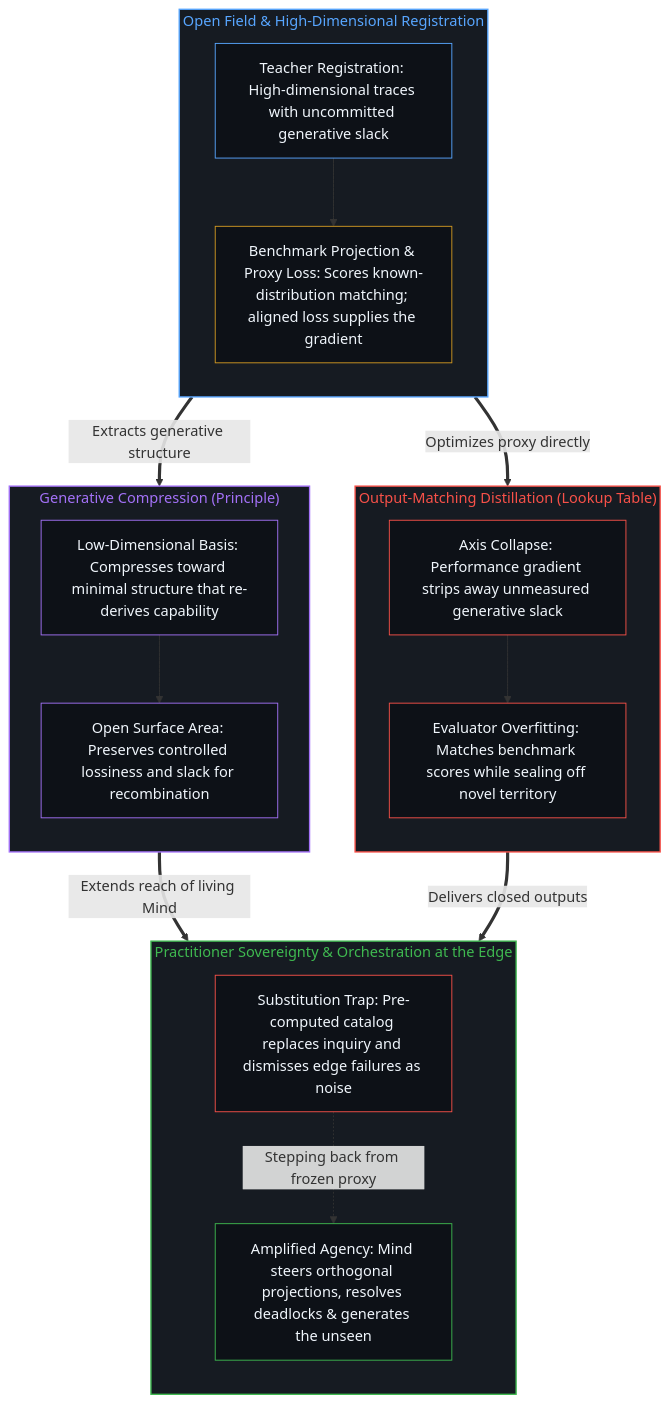
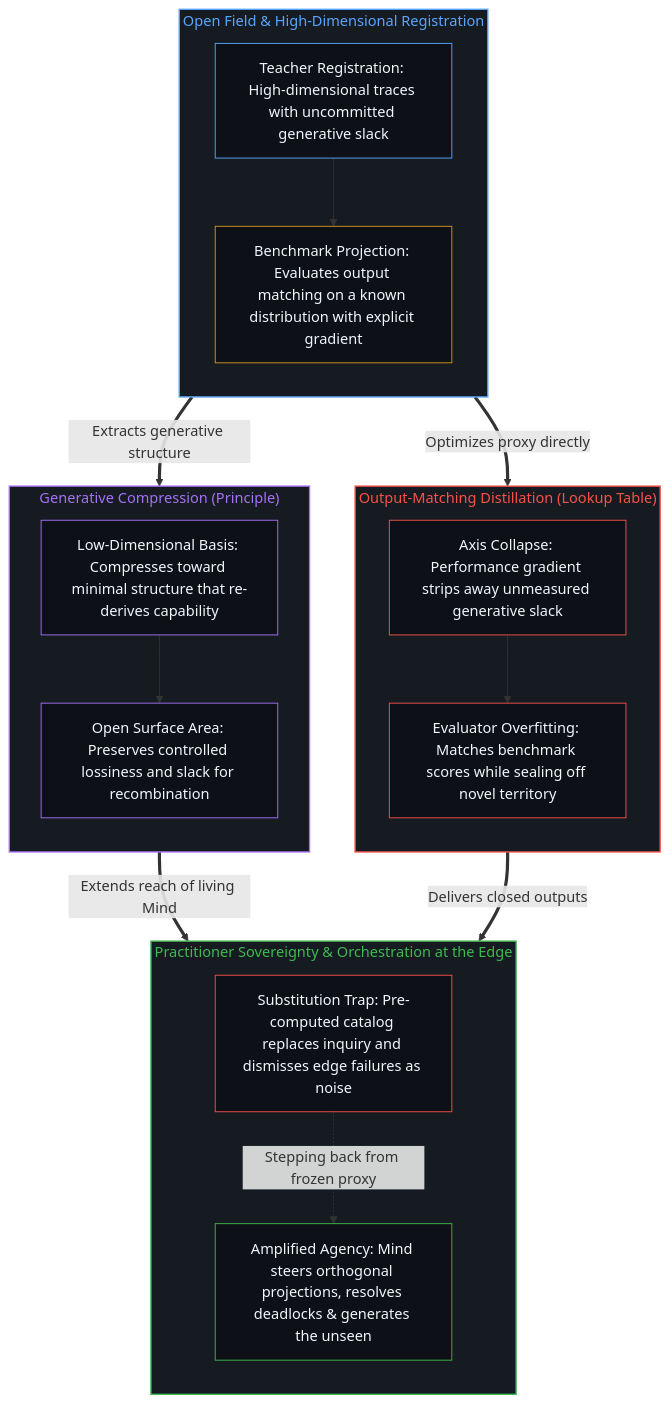
The second of 2 diagrams in content/posts/distillation-compression-agency.md (powerpig99/not-a-toe), drawn with Mermaid before and after one commit. The commit also changed other lines of this file and 12 other files, not shown here.

````diff
--- a/content/posts/distillation-compression-agency.md
+++ b/content/posts/distillation-compression-agency.md
@@ -123,43 +123,43 @@
 ```mermaid
 flowchart TD
     subgraph S_Open["Open Field & High-Dimensional Registration"]
         direction TB
         Teacher["Teacher Registration: High-dimensional traces with uncommitted generative slack"]
-        Bench["Benchmark Projection & Proxy Loss: Scores known-distribution matching; aligned loss supplies the gradient"]
+        Bench["Benchmark Projection: Evaluates output matching on a known distribution with explicit gradient"]
         Teacher --> Bench
     end
     subgraph S_Lookup["Output-Matching Distillation (Lookup Table)"]
         direction TB
         Collapse["Axis Collapse: Performance gradient strips away unmeasured generative slack"]
         LockIn["Evaluator Overfitting: Matches benchmark scores while sealing off novel territory"]
         Collapse --> LockIn
     end
     subgraph S_Principle["Generative Compression (Principle)"]
         direction TB
         Basis["Low-Dimensional Basis: Compresses toward minimal structure that re-derives capability"]
         Surface["Open Surface Area: Preserves controlled lossiness and slack for recombination"]
         Basis --> Surface
     end
     subgraph S_Agency["Practitioner Sovereignty & Orchestration at the Edge"]
         direction TB
         Sub["Substitution Trap: Pre-computed catalog replaces inquiry and dismisses edge failures as noise"]
         Amp["Amplified Agency: Mind steers orthogonal projections, resolves deadlocks & generates the unseen"]
         Sub -.->|"Stepping back from frozen proxy"| Amp
     end
     Bench ==>|"Optimizes proxy directly"| Collapse
     Teacher ==>|"Extracts generative structure"| Basis
     LockIn ==>|"Delivers closed outputs"| Sub
     Surface ==>|"Extends reach of living Mind"| Amp
     style S_Open fill:#161b22,stroke:#58a6ff,stroke-width:1.5px,color:#58a6ff
     style S_Lookup fill:#161b22,stroke:#f85149,stroke-width:1.5px,color:#f85149
     style S_Principle fill:#161b22,stroke:#a371f7,stroke-width:1.5px,color:#a371f7
     style S_Agency fill:#161b22,stroke:#3fb950,stroke-width:1.5px,color:#3fb950
     style Teacher fill:#0d1117,stroke:#58a6ff,stroke-width:1px,color:#f0f6fc
     style Bench fill:#0d1117,stroke:#d29922,stroke-width:1px,color:#f0f6fc
     style Collapse fill:#0d1117,stroke:#f85149,stroke-width:1px,color:#f0f6fc
     style LockIn fill:#0d1117,stroke:#f85149,stroke-width:1px,color:#f0f6fc
     style Basis fill:#0d1117,stroke:#a371f7,stroke-width:1px,color:#f0f6fc
     style Surface fill:#0d1117,stroke:#a371f7,stroke-width:1px,color:#f0f6fc
     style Sub fill:#0d1117,stroke:#f85149,stroke-width:1px,color:#f0f6fc
     style Amp fill:#0d1117,stroke:#3fb950,stroke-width:1px,color:#f0f6fc
 ```
````
